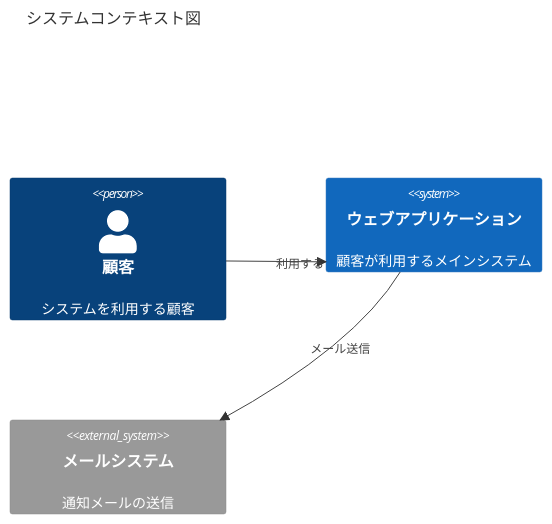
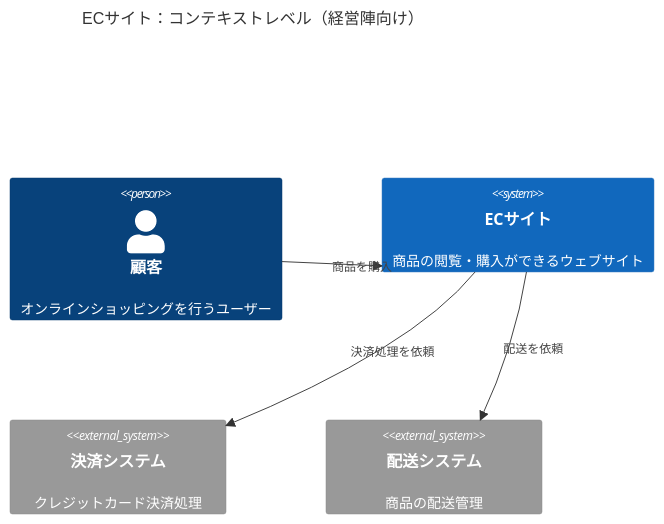
The eighth of 18 diagrams in LEARNING NOTES.md (koach-noir/mermaid-learning-lab), drawn with Mermaid before and after one commit. The commit also changed other lines of this file, not shown here.

````diff
--- a/LEARNING NOTES.md
+++ b/LEARNING NOTES.md
@@ -298,10 +381,12 @@
 ```mermaid
 C4Context
-    title システムコンテキスト図
-    Person(customer, "顧客", "システムを利用する顧客")
-    System(system, "ウェブアプリケーション", "顧客が利用するメインシステム")
-    System_Ext(email, "メールシステム", "通知メールの送信")
+    title ECサイト：コンテキストレベル（経営陣向け）
+    Person(customer, "顧客", "オンラインショッピングを行うユーザー")
+    System(ecommerce, "ECサイト", "商品の閲覧・購入ができるウェブサイト")
+    System_Ext(payment, "決済システム", "クレジットカード決済処理")
+    System_Ext(delivery, "配送システム", "商品の配送管理")
 
-    Rel(customer, system, "利用する")
-    Rel(system, email, "メール送信")
+    Rel(customer, ecommerce, "商品を購入")
+    Rel(ecommerce, payment, "決済処理を依頼")
+    Rel(ecommerce, delivery, "配送を依頼")
 ```
````
